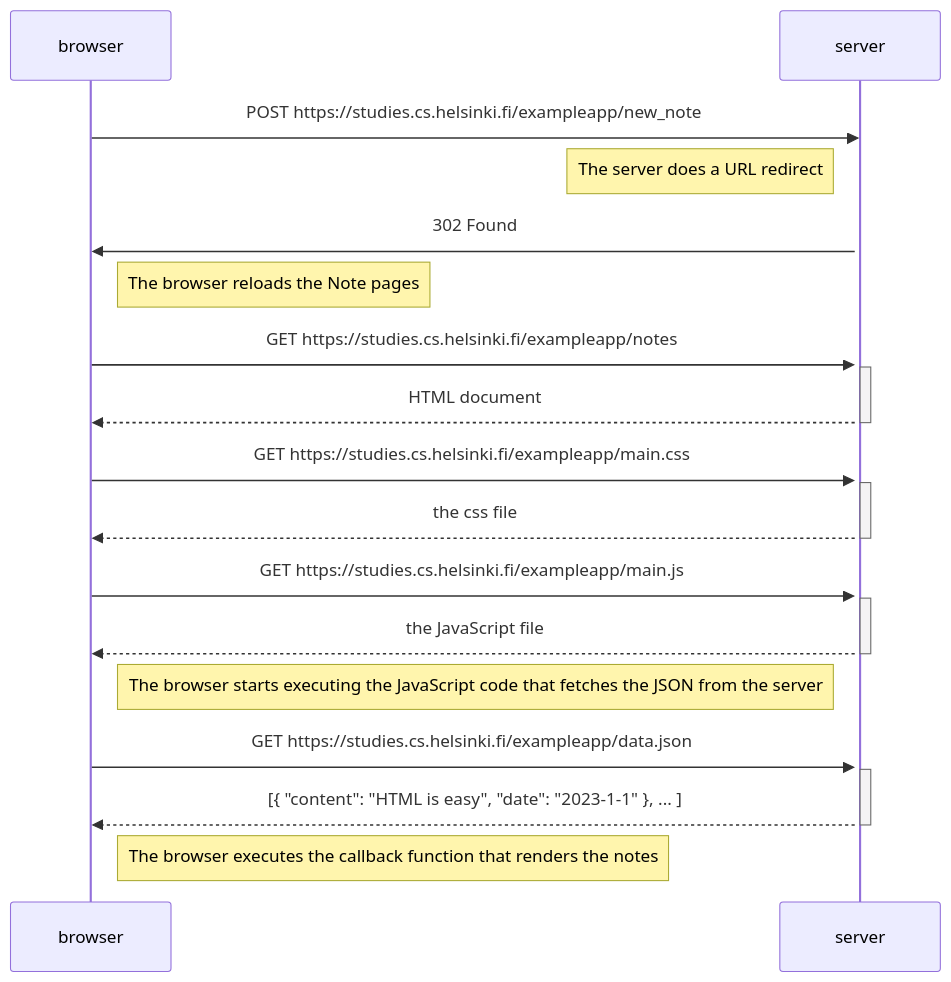
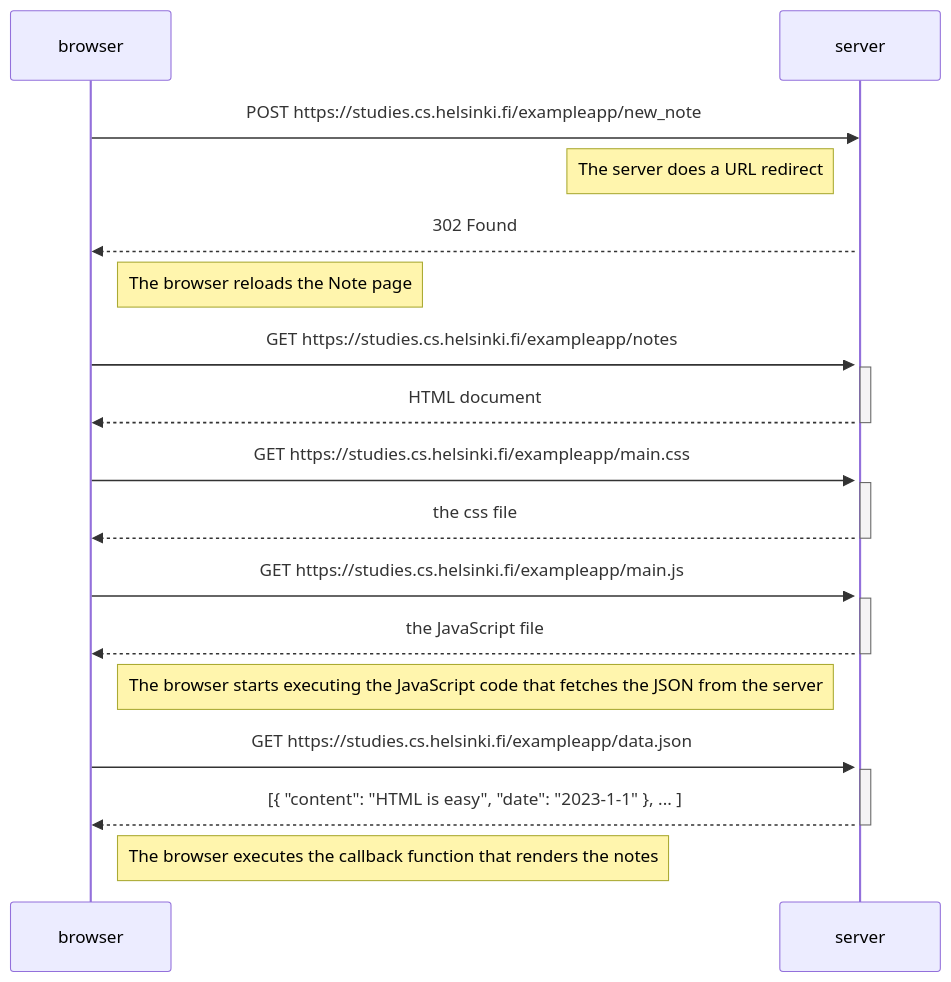
Before and after one commit to ningia92/full-stack-open: the diagram in part0/0.4-new-note-diagram.md, drawn with Mermaid.

````diff
--- a/part0/0.4-new-note-diagram.md
+++ b/part0/0.4-new-note-diagram.md
@@ -1,35 +1,35 @@
 ```mermaid
   sequenceDiagram
     participant browser
     participant server
 
     browser->>server: POST https://studies.cs.helsinki.fi/exampleapp/new_note
     Note left of server: The server does a URL redirect
     activate server
-    server->>browser: 302 Found
-    Note right of browser: The browser reloads the Note pages
+    server-->>browser: 302 Found
+    Note right of browser: The browser reloads the Note page
 
     browser->>server: GET https://studies.cs.helsinki.fi/exampleapp/notes
     activate server
     server-->>browser: HTML document
     deactivate server
 
     browser->>server: GET https://studies.cs.helsinki.fi/exampleapp/main.css
     activate server
     server-->>browser: the css file
     deactivate server
 
     browser->>server: GET https://studies.cs.helsinki.fi/exampleapp/main.js
     activate server
     server-->>browser: the JavaScript file
     deactivate server
 
     Note right of browser: The browser starts executing the JavaScript code that fetches the JSON from the server
 
     browser->>server: GET https://studies.cs.helsinki.fi/exampleapp/data.json
     activate server
     server-->>browser: [{ "content": "HTML is easy", "date": "2023-1-1" }, ... ]
     deactivate server
 
     Note right of browser: The browser executes the callback function that renders the notes
 ```
````
